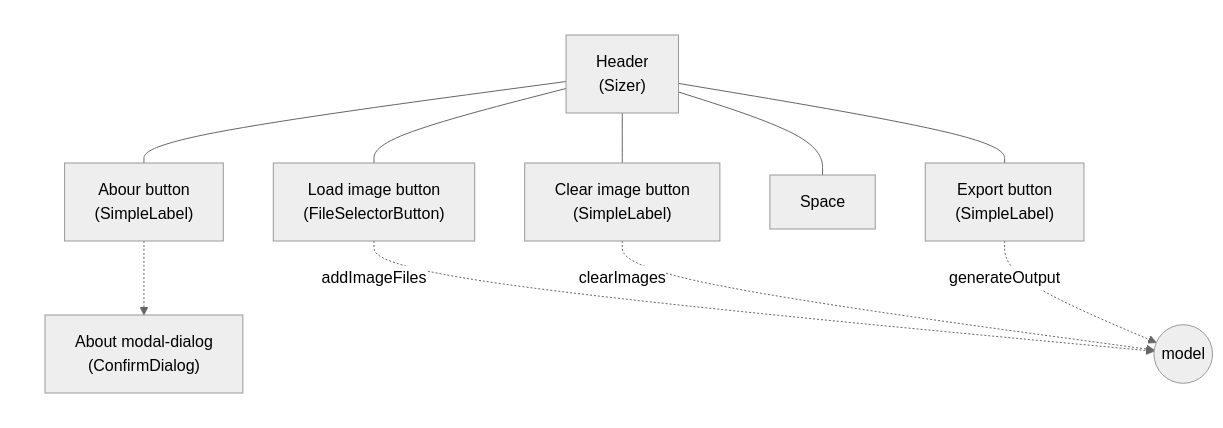
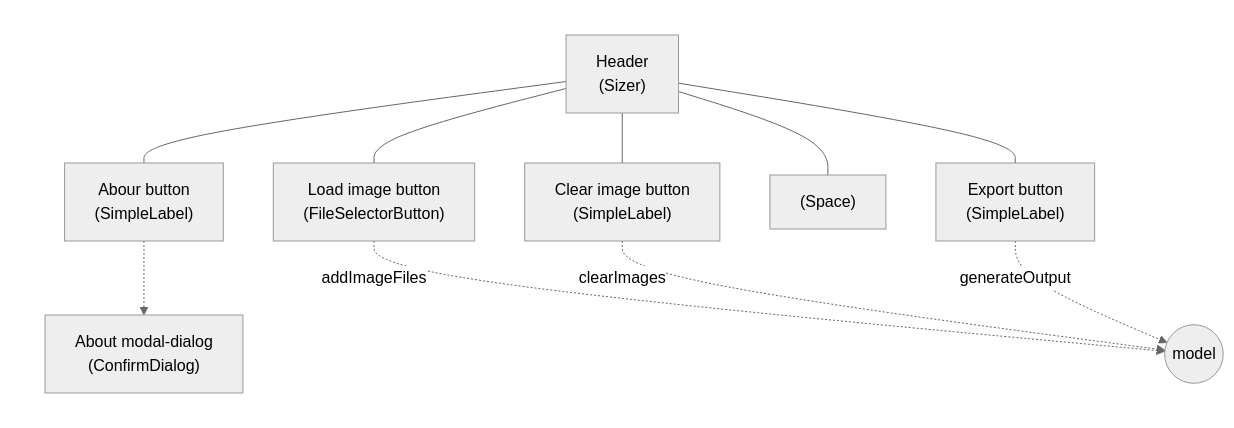
Before and after one commit to rexrainbow/phaser3-rex-playground: the third of 4 diagrams in projects/atlas-packer/readme.md, drawn with Mermaid (neutral theme). The commit also changed other lines of this file and 7 other files, not shown here.

````diff
--- a/projects/atlas-packer/readme.md
+++ b/projects/atlas-packer/readme.md
@@ -57,22 +57,22 @@
 ```mermaid
 graph TD
 
 subgraph ui
   HeaderPanel["Header<br>(Sizer)"]
   HeaderPanel --- LoadImageFilesButton["Load image button<br>(FileSelectorButton)"]
   HeaderPanel --- ClearImagesButton["Clear image button<br>(SimpleLabel)"]
   HeaderPanel --- ExportButton["Export button<br>(SimpleLabel)"]
-  HeaderPanel --- Space0["Space"]
+  HeaderPanel --- Space0["(Space)"]
   HeaderPanel --- AboutButton["Abour button<br>(SimpleLabel)"]
   AboutButton -.-> AboutModalDialog["About modal-dialog<br>(ConfirmDialog)"]
 end
 
 style ui color:transparent
 style ui fill:transparent
 style ui stroke:transparent
 
 model((model))
 LoadImageFilesButton -.-> |addImageFiles| model
 ClearImagesButton -.-> |clearImages| model
 ExportButton -.-> |generateOutput| model
 ```
````
